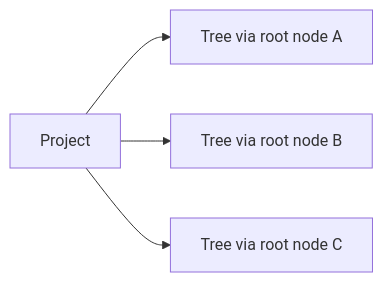
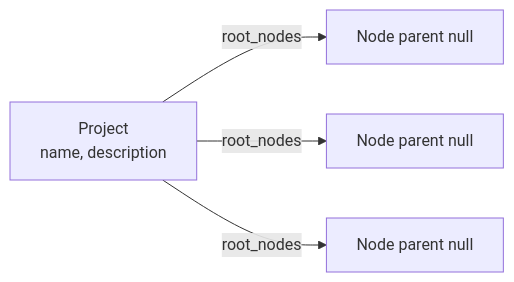
The third of 3 diagrams in docs/plans/data-structure.md (sfambach/wp-taxonomy-modeler), drawn with Mermaid before and after one commit. The commit also changed other lines of this file and 6 other files, not shown here.

First line of the commit message:
Define Project fields: name, description, root_nodes

````diff
--- a/docs/plans/data-structure.md
+++ b/docs/plans/data-structure.md
@@ -261,6 +261,7 @@
 ```mermaid
 flowchart LR
-  PR[Project] --> T1[Tree via root node A]
-  PR --> T2[Tree via root node B]
-  PR --> T3[Tree via root node C]
+  PR["Project<br/>name, description"]
+  PR -->|root_nodes| R1[Node parent null]
+  PR -->|root_nodes| R2[Node parent null]
+  PR -->|root_nodes| R3[Node parent null]
 ```
````
